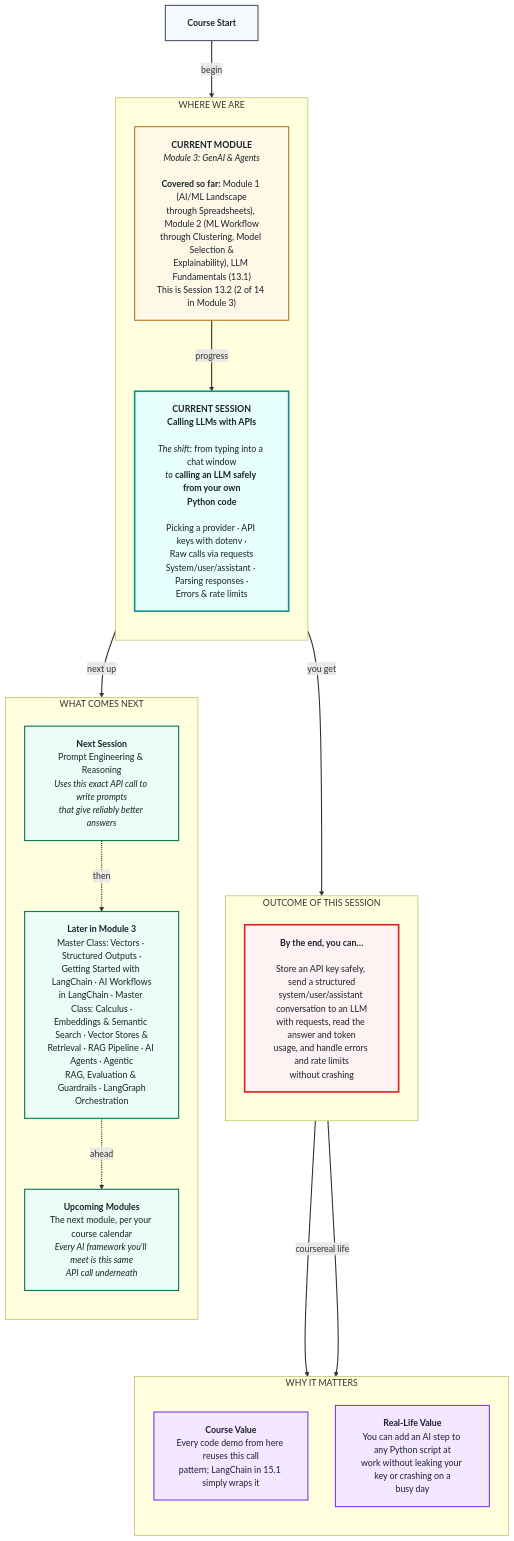
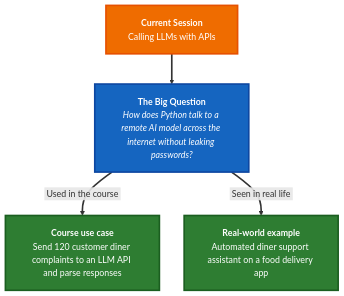
One commit to MohammedAliazhar/azhar-curriculum changed the diagram in IITP-AIML-TA-II-2607/module-03-genai-and-agents/lecture-02-calling-llms-with-apis/pre-read.md. Above: the diagram before and after it, drawn with Mermaid. The commit also changed other lines of this file and 100 other files, not shown here.

````diff
--- a/IITP-AIML-TA-II-2607/module-03-genai-and-agents/lecture-02-calling-llms-with-apis/pre-read.md
+++ b/IITP-AIML-TA-II-2607/module-03-genai-and-agents/lecture-02-calling-llms-with-apis/pre-read.md
@@ -5,55 +5,22 @@
 ```mermaid
-%%{init: {'flowchart': {'htmlLabels': true, 'nodeSpacing': 50, 'rankSpacing': 80, 'padding': 20}}}%%
+%%{init: {'flowchart': {'nodeSpacing': 45, 'rankSpacing': 55, 'padding': 20}}}%%
 flowchart TB
+  CUR["<b>Current Session</b><br/>Calling LLMs with APIs"]
+  Q["<b>The Big Question</b><br/><i>How does Python talk to a remote AI model across the internet without leaking passwords?</i>"]
+  CV["<b>Course use case</b><br/>Send 120 customer diner complaints to an LLM API and parse responses"]
+  RL["<b>Real-world example</b><br/>Automated diner support assistant on a food delivery app"]
 
-START["<b>Course Start</b>"]
+  CUR ==> Q
+  Q ==>|&nbsp;Used in the course&nbsp;| CV
+  Q ==>|&nbsp;Seen in real life&nbsp;| RL
 
-subgraph foundation[" WHERE WE ARE "]
-direction TB
-    CURMOD["<b>CURRENT MODULE</b><br/><i>Module 3: GenAI &amp; Agents</i><br/>&nbsp;<br/><b>Covered so far:</b> Module 1 (AI/ML Landscape<br/>through Spreadsheets), Module 2 (ML Workflow<br/>through Clustering, Model Selection &amp;<br/>Explainability), LLM Fundamentals (13.1)<br/>This is Session 13.2 (2 of 14 in Module 3)"]
-    CURSES["<b>CURRENT SESSION</b><br/><b>Calling LLMs with APIs</b><br/>&nbsp;<br/><i>The shift:</i> from typing into a chat window<br/><i>to</i> <b>calling an LLM safely from your own<br/>Python code</b><br/>&nbsp;<br/>Picking a provider · API keys with dotenv ·<br/>Raw calls via requests<br/>System/user/assistant · Parsing responses ·<br/>Errors &amp; rate limits"]
-end
+  classDef currSes fill:#ef6c00,stroke:#e65100,color:#ffffff,stroke-width:3px
+  classDef ask fill:#1565c0,stroke:#0d47a1,color:#ffffff,stroke-width:3px
+  classDef val fill:#2e7d32,stroke:#1b5e20,color:#ffffff,stroke-width:3px
 
-subgraph outcome[" OUTCOME OF THIS SESSION "]
-direction TB
-    OUT["<b>By the end, you can…</b><br/>&nbsp;<br/>Store an API key safely, send a structured<br/>system/user/assistant conversation to an LLM<br/>with requests, read the answer and token<br/>usage, and handle errors and rate limits<br/>without crashing"]
-end
+  class CUR currSes
+  class Q ask
+  class CV,RL val
 
-subgraph value[" WHY IT MATTERS "]
-direction TB
-    CVAL["<b>Course Value</b><br/>Every code demo from here reuses this call<br/>pattern; LangChain in 15.1 simply wraps it"]
-    RVAL["<b>Real-Life Value</b><br/>You can add an AI step to any Python script at<br/>work without leaking your key or crashing on a<br/>busy day"]
-end
-
-subgraph future[" WHAT COMES NEXT "]
-direction TB
-    U0["<b>Next Session</b><br/>Prompt Engineering &amp; Reasoning<br/><i>Uses this exact API call to write prompts<br/>that give reliably better answers</i>"]
-    U1["<b>Later in Module 3</b><br/>Master Class: Vectors · Structured Outputs ·<br/>Getting Started with LangChain · AI Workflows<br/>in LangChain · Master Class: Calculus ·<br/>Embeddings &amp; Semantic Search · Vector Stores &amp;<br/>Retrieval · RAG Pipeline · AI Agents · Agentic<br/>RAG, Evaluation &amp; Guardrails · LangGraph<br/>Orchestration"]
-    U2["<b>Upcoming Modules</b><br/>The next module, per your course calendar<br/><i>Every AI framework you'll meet is this same<br/>API call underneath</i>"]
-end
-
-START ==>|" begin "| CURMOD
-CURMOD ==>|" progress "| CURSES
-CURSES ==>|" you get "| OUT
-OUT ==>|" course "| CVAL
-OUT ==>|" real life "| RVAL
-CURSES ==>|" next up "| U0
-U0 -.->|" then "| U1
-U1 -.->|" ahead "| U2
-
-classDef startBox fill:#F7FAFC,stroke:#4A5568,stroke-width:2px,color:#1A202C
-classDef curModBox fill:#FFF8E6,stroke:#B7791F,stroke-width:2px,color:#1A202C
-classDef curSessBox fill:#E6FFFA,stroke:#0D9488,stroke-width:3px,color:#1A202C
-classDef outBox fill:#FEF2F2,stroke:#DC2626,stroke-width:3px,color:#1A202C
-classDef valueBox fill:#F3E8FF,stroke:#7C3AED,stroke-width:2px,color:#1A202C
-classDef futureBox fill:#ECFDF5,stroke:#047857,stroke-width:2px,color:#1A202C
-
-class START startBox
-class CURMOD curModBox
-class CURSES curSessBox
-class OUT outBox
-class CVAL,RVAL valueBox
-class U0,U1,U2 futureBox
-
-linkStyle default stroke-width:2px
+  linkStyle default stroke-width:3px
 ```
````
